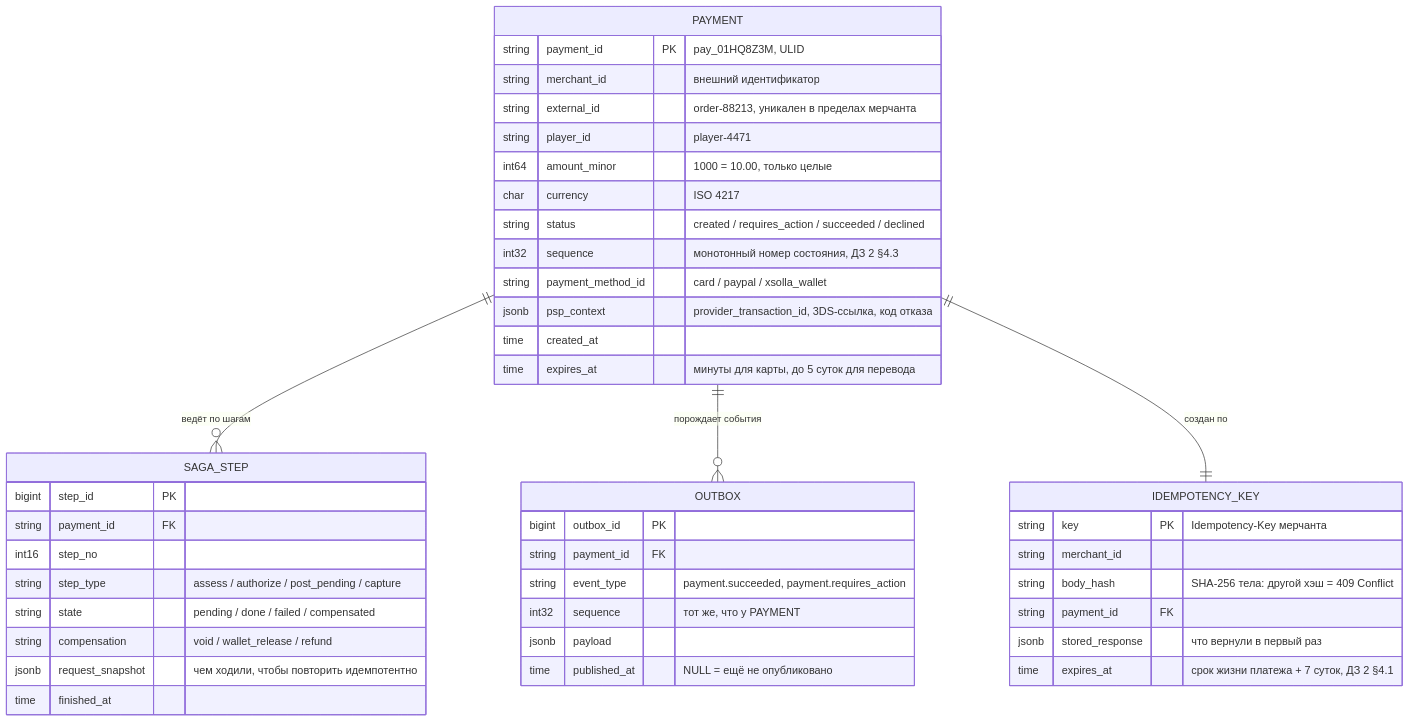
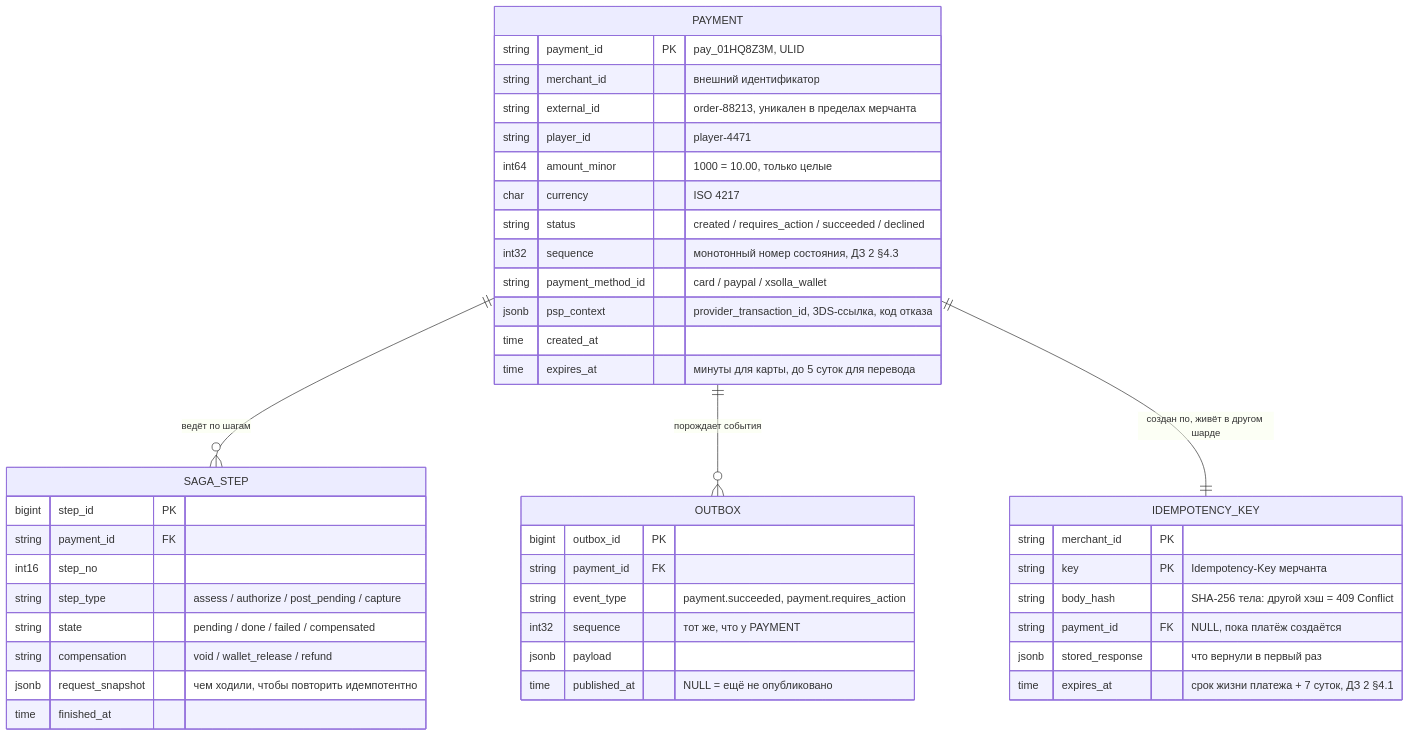
Before and after one commit to hebgehogg/system-design-otus: the first of 5 diagrams in hw_03/solution/README.md, drawn with Mermaid. The commit also changed other lines of this file and 3 other files, not shown here.

````diff
--- a/hw_03/solution/README.md
+++ b/hw_03/solution/README.md
@@ -60,47 +60,47 @@
 ```mermaid
 erDiagram
     PAYMENT ||--o{ SAGA_STEP : "ведёт по шагам"
     PAYMENT ||--o{ OUTBOX : "порождает события"
-    PAYMENT ||--|| IDEMPOTENCY_KEY : "создан по"
+    PAYMENT ||--|| IDEMPOTENCY_KEY : "создан по, живёт в другом шарде"
 
     PAYMENT {
         string  payment_id       PK "pay_01HQ8Z3M, ULID"
         string  merchant_id         "внешний идентификатор"
         string  external_id         "order-88213, уникален в пределах мерчанта"
         string  player_id           "player-4471"
         int64   amount_minor        "1000 = 10.00, только целые"
         char    currency            "ISO 4217"
         string  status              "created / requires_action / succeeded / declined"
         int32   sequence            "монотонный номер состояния, ДЗ 2 §4.3"
         string  payment_method_id   "card / paypal / xsolla_wallet"
         jsonb   psp_context         "provider_transaction_id, 3DS-ссылка, код отказа"
         time    created_at
         time    expires_at          "минуты для карты, до 5 суток для перевода"
     }
     SAGA_STEP {
         bigint  step_id          PK
         string  payment_id       FK
         int16   step_no
         string  step_type           "assess / authorize / post_pending / capture"
         string  state               "pending / done / failed / compensated"
         string  compensation        "void / wallet_release / refund"
         jsonb   request_snapshot    "чем ходили, чтобы повторить идемпотентно"
         time    finished_at
     }
     OUTBOX {
         bigint  outbox_id        PK
         string  payment_id       FK
         string  event_type          "payment.succeeded, payment.requires_action"
         int32   sequence            "тот же, что у PAYMENT"
         jsonb   payload
         time    published_at        "NULL = ещё не опубликовано"
     }
     IDEMPOTENCY_KEY {
+        string  merchant_id      PK
         string  key              PK "Idempotency-Key мерчанта"
-        string  merchant_id
         string  body_hash           "SHA-256 тела: другой хэш = 409 Conflict"
-        string  payment_id       FK
+        string  payment_id       FK "NULL, пока платёж создаётся"
         jsonb   stored_response     "что вернули в первый раз"
         time    expires_at          "срок жизни платежа + 7 суток, ДЗ 2 §4.1"
     }
 ```
````
